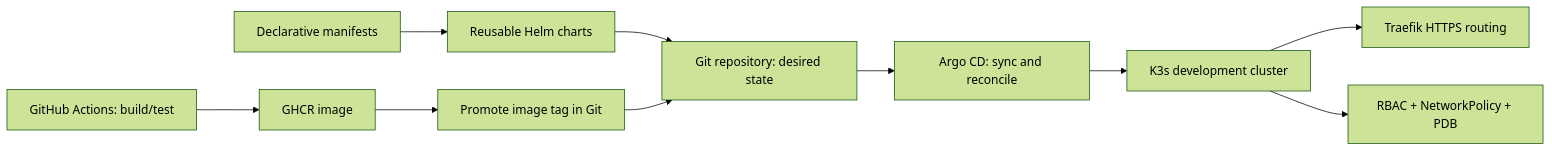
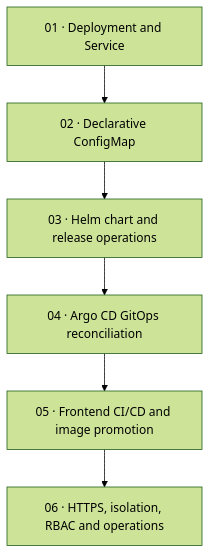
The diagram in 05-Kubernetes/README.md (ops-vince/-Vinceops-cloud-), drawn with Mermaid (forest theme) before and after one commit. The commit also changed other lines of this file and 5 other files, not shown here.

````diff
--- a/05-Kubernetes/README.md
+++ b/05-Kubernetes/README.md
@@ -20,12 +20,8 @@
 ```mermaid
-flowchart LR
-  YAML[Declarative manifests] --> HELM[Reusable Helm charts]
-  HELM --> GIT[Git repository: desired state]
-  GIT --> ARGO[Argo CD: sync and reconcile]
-  CI[GitHub Actions: build/test] --> REG[GHCR image]
-  REG --> PROM[Promote image tag in Git]
-  PROM --> GIT
-  ARGO --> K3S[K3s development cluster]
-  K3S --> TRAEFIK[Traefik HTTPS routing]
-  K3S --> POLICY[RBAC + NetworkPolicy + PDB]
+flowchart TD
+    P1[01 · Deployment and Service] --> P2[02 · Declarative ConfigMap]
+    P2 --> P3[03 · Helm chart and release operations]
+    P3 --> P4[04 · Argo CD GitOps reconciliation]
+    P4 --> P5[05 · Frontend CI/CD and image promotion]
+    P5 --> P6[06 · HTTPS, isolation, RBAC and operations]
 ```
````
